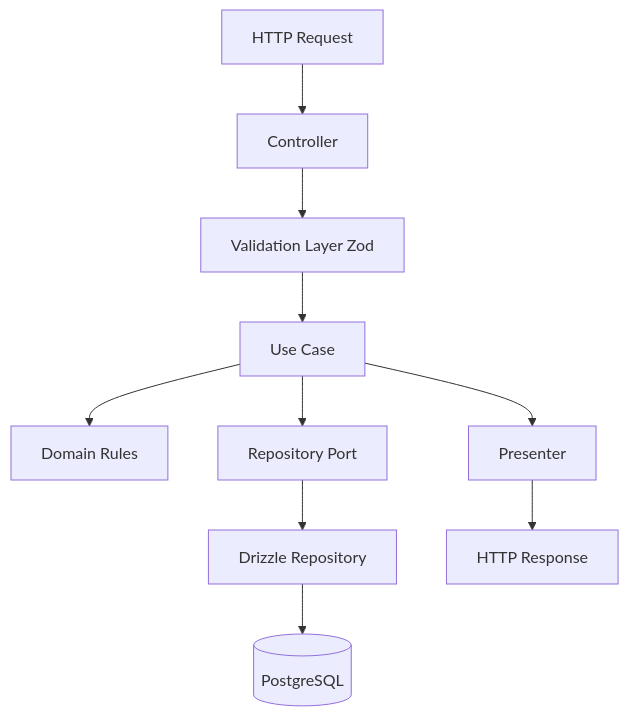
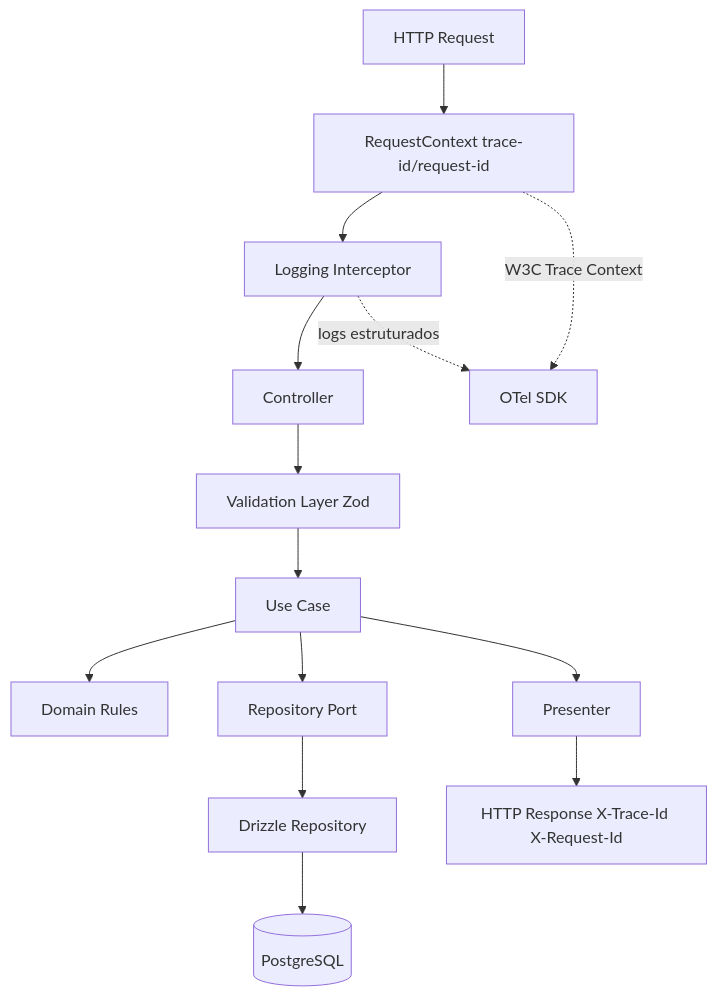
One commit to joisiney/short-url-api changed the fourth of 5 diagrams in README.md. Above: the diagram before and after it, drawn with Mermaid. The commit also changed other lines of this file and 1 other file, not shown here.

First line of the commit message:
docs: document observability flow and OTEL env setup

````diff
--- a/README.md
+++ b/README.md
@@ -136,12 +145,16 @@
 ```mermaid
 flowchart TD
-    A[HTTP Request] --> B[Controller]
-    B --> C[Validation Layer Zod]
-    C --> D[Use Case]
-    D --> E[Domain Rules]
-    D --> F[Repository Port]
-    F --> G[Drizzle Repository]
-    G --> H[(PostgreSQL)]
-    D --> I[Presenter]
-    I --> J[HTTP Response]
+    A[HTTP Request] --> B[RequestContext trace-id/request-id]
+    B --> C[Logging Interceptor]
+    C --> D[Controller]
+    D --> E[Validation Layer Zod]
+    E --> F[Use Case]
+    F --> G[Domain Rules]
+    F --> H[Repository Port]
+    H --> I[Drizzle Repository]
+    I --> J[(PostgreSQL)]
+    F --> K[Presenter]
+    K --> L[HTTP Response X-Trace-Id X-Request-Id]
+    B -.->|W3C Trace Context| OTel[OTel SDK]
+    C -.->|logs estruturados| OTel
 ```
````
